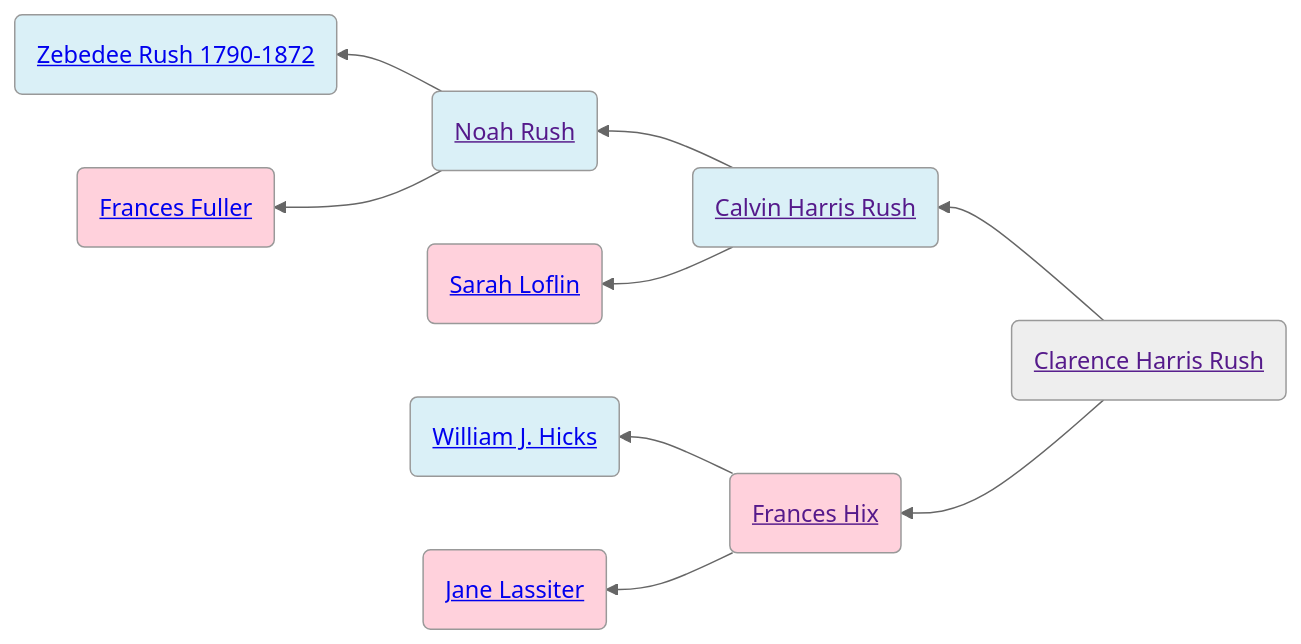
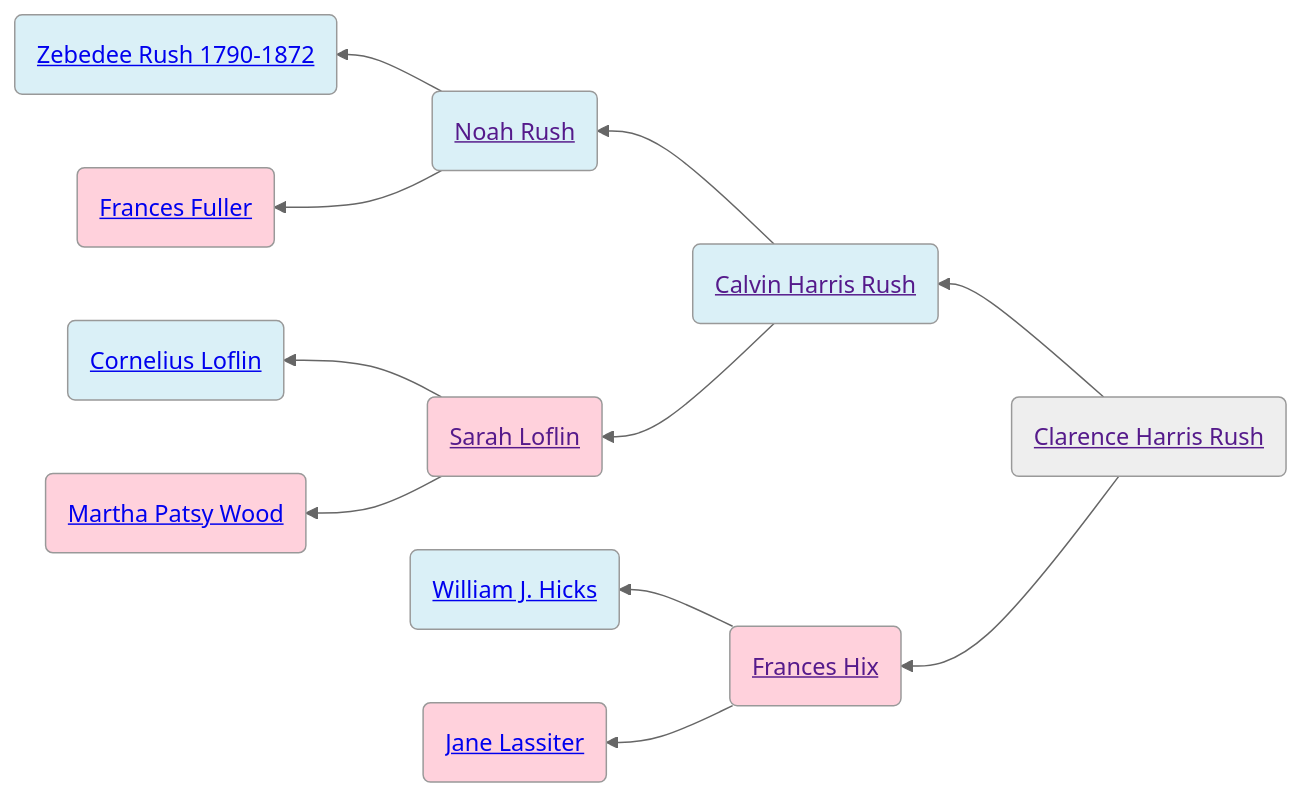
The diagram in familyhistory/sources/people/Rush-line/Clarence_Harris_Rush.qmd (neelsmith/avocational), drawn with Mermaid (neutral theme) before and after one commit. The commit also changed 79 other files, not shown here.

````diff
--- a/familyhistory/sources/people/Rush-line/Clarence_Harris_Rush.qmd
+++ b/familyhistory/sources/people/Rush-line/Clarence_Harris_Rush.qmd
@@ -19,24 +19,28 @@
 ```{mermaid}
 graph RL
 %% RL ancestor diagram
 Clarence_Harris_Rush(<a href=''>Clarence Harris Rush</>) -->  Calvin_Harris_Rush(<a href='./Calvin_Harris_Rush.html'>Calvin Harris Rush</>)
 Calvin_Harris_Rush(<a href=''>Calvin Harris Rush</>) -->  Noah_Rush(<a href='./Noah_Rush.html'>Noah Rush</>)
 Noah_Rush(<a href=''>Noah Rush</>) -->  Zebedee_Rush_1790-1872(<a href='./Zebedee_Rush_1790-1872.html'>Zebedee Rush 1790-1872</>)
 class Zebedee_Rush_1790-1872 father
 Noah_Rush(<a href=''>Noah Rush</>)  --> Frances_Fuller(<a href='./../Randolph_county_lines/Frances_Fuller.html'>Frances Fuller</>)
 class Frances_Fuller mother
 class Noah_Rush father
 Calvin_Harris_Rush(<a href=''>Calvin Harris Rush</>)  --> Sarah_Loflin(<a href='./../Randolph_county_lines/Loflin/Sarah_Loflin.html'>Sarah Loflin</>)
+Sarah_Loflin(<a href=''>Sarah Loflin</>) -->  Cornelius_Loflin(<a href='./Cornelius_Loflin.html'>Cornelius Loflin</>)
+class Cornelius_Loflin father
+Sarah_Loflin(<a href=''>Sarah Loflin</>)  --> Martha_Patsy_Wood(<a href='./../Martha_Patsy_Wood.html'>Martha Patsy Wood</>)
+class Martha_Patsy_Wood mother
 class Sarah_Loflin mother
 class Calvin_Harris_Rush father
 Clarence_Harris_Rush(<a href=''>Clarence Harris Rush</>)  --> Frances_Hix(<a href='./../Randolph_county_lines/Hicks/Frances_Hix.html'>Frances Hix</>)
 Frances_Hix(<a href=''>Frances Hix</>) -->  William_J._Hicks(<a href='./William_J._Hicks.html'>William J. Hicks</>)
 class William_J._Hicks father
 Frances_Hix(<a href=''>Frances Hix</>)  --> Jane_Lassiter(<a href='./../Lassiter/Jane_Lassiter.html'>Jane Lassiter</>)
 class Jane_Lassiter mother
 class Frances_Hix mother
 classDef mother fill:#ffd1dc
 classDef father fill:#daf0f7  
 classDef marriage fill:#ffffff
 
 ```
````
